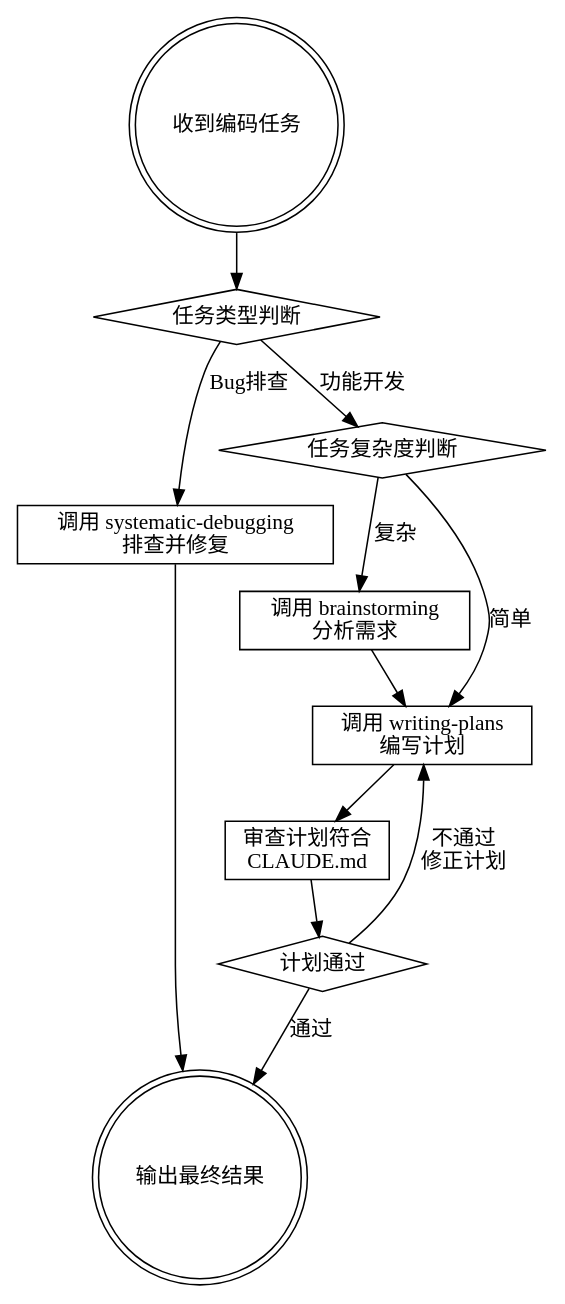
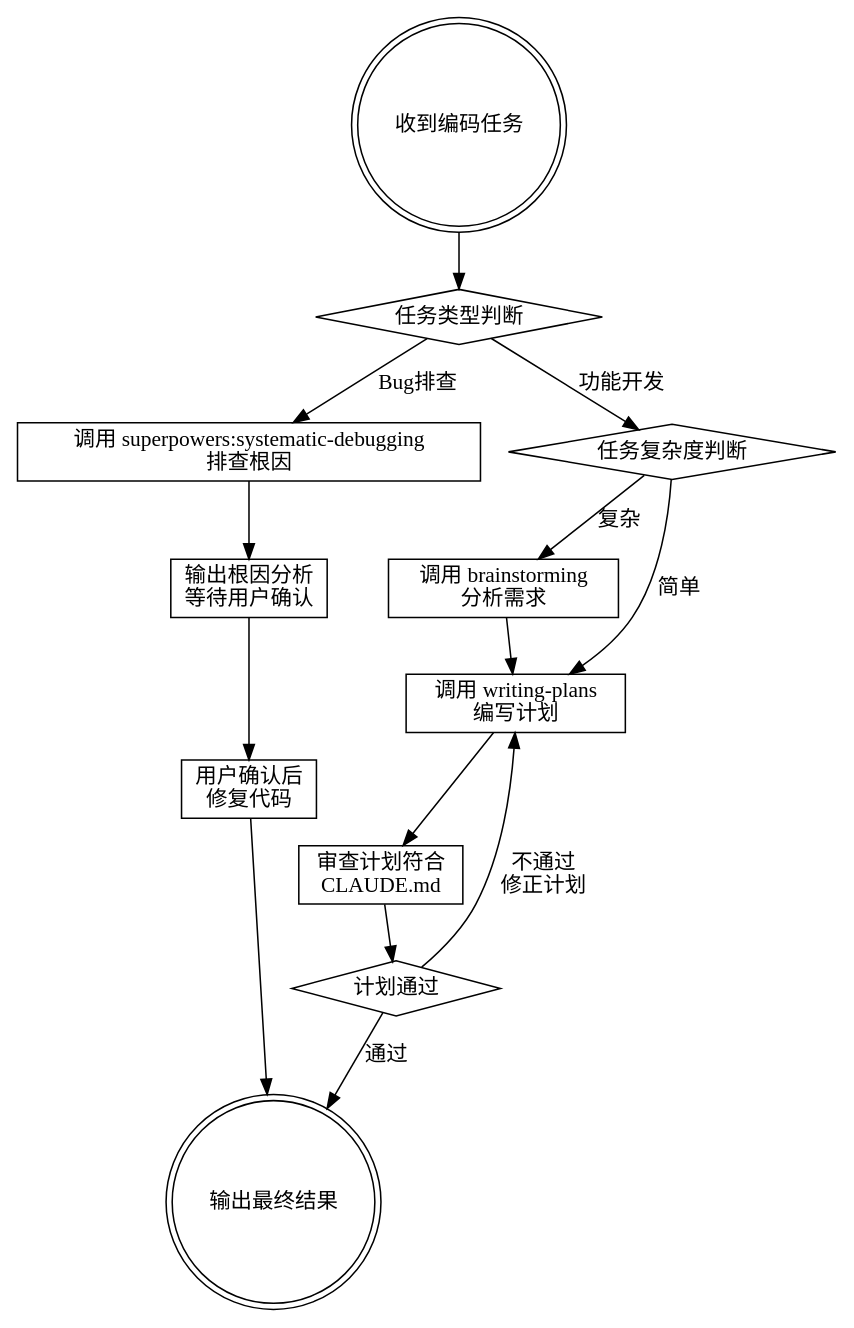
The diagram in packages/skills/coder-task/SKILL.md (52lu/claude-code-extend), drawn with Graphviz before and after one commit. The commit also changed other lines of this file, not shown here.

````diff
--- a/packages/skills/coder-task/SKILL.md
+++ b/packages/skills/coder-task/SKILL.md
@@ -12,25 +12,29 @@
 ```dot
 digraph coder_task {
     "收到编码任务" [shape=doublecircle];
     "任务类型判断" [shape=diamond];
-    "调用 systematic-debugging\n排查并修复" [shape=box];
+    "调用 superpowers:systematic-debugging\n排查根因" [shape=box];
+    "输出根因分析\n等待用户确认" [shape=box];
+    "用户确认后\n修复代码" [shape=box];
     "任务复杂度判断" [shape=diamond];
     "调用 brainstorming\n分析需求" [shape=box];
     "调用 writing-plans\n编写计划" [shape=box];
     "审查计划符合\nCLAUDE.md" [shape=box];
     "计划通过" [shape=diamond];
     "输出最终结果" [shape=doublecircle];
 
     "收到编码任务" -> "任务类型判断";
-    "任务类型判断" -> "调用 systematic-debugging\n排查并修复" [label="Bug排查"];
+    "任务类型判断" -> "调用 superpowers:systematic-debugging\n排查根因" [label="Bug排查"];
     "任务类型判断" -> "任务复杂度判断" [label="功能开发"];
+    "调用 superpowers:systematic-debugging\n排查根因" -> "输出根因分析\n等待用户确认";
+    "输出根因分析\n等待用户确认" -> "用户确认后\n修复代码";
+    "用户确认后\n修复代码" -> "输出最终结果";
     "任务复杂度判断" -> "调用 brainstorming\n分析需求" [label="复杂"];
     "任务复杂度判断" -> "调用 writing-plans\n编写计划" [label="简单"];
     "调用 brainstorming\n分析需求" -> "调用 writing-plans\n编写计划";
     "调用 writing-plans\n编写计划" -> "审查计划符合\nCLAUDE.md";
     "审查计划符合\nCLAUDE.md" -> "计划通过";
     "计划通过" -> "输出最终结果" [label="通过"];
     "计划通过" -> "调用 writing-plans\n编写计划" [label="不通过\n修正计划"];
-    "调用 systematic-debugging\n排查并修复" -> "输出最终结果";
-}
+    }
 ```
````
